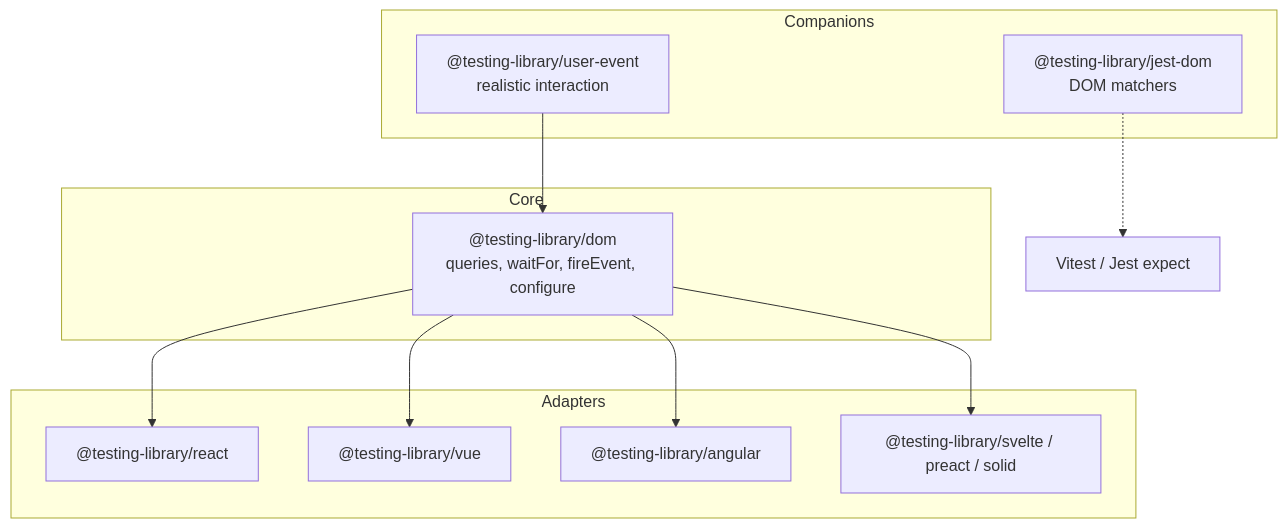
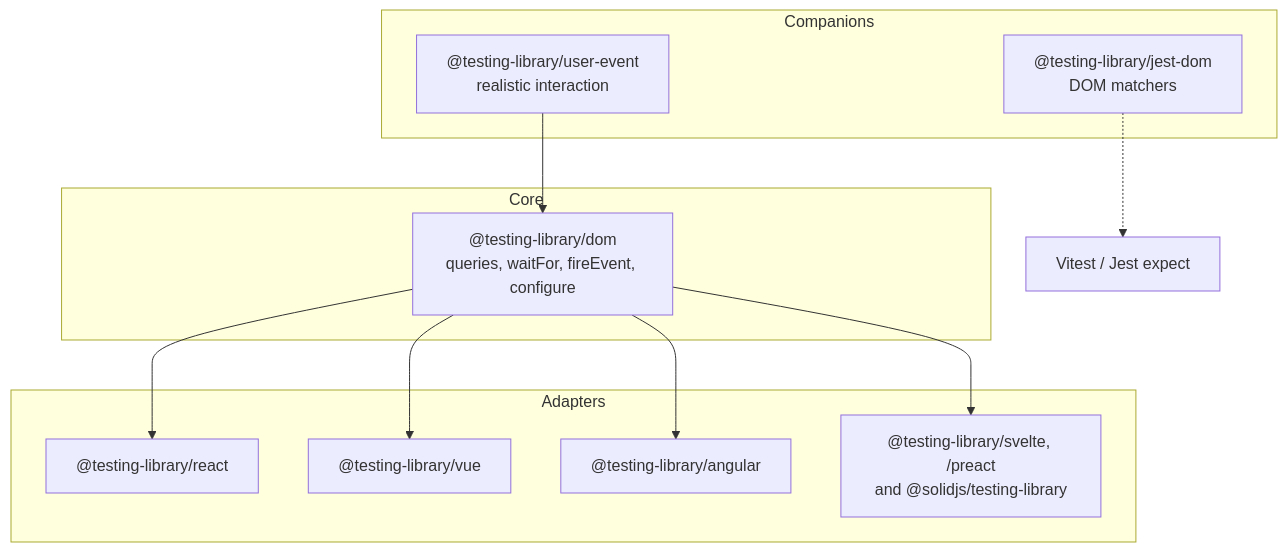
Before and after one commit to TheLearningHubOrg/learn-testing-library: the second of 6 diagrams in README.md, drawn with Mermaid. The commit also changed other lines of this file and 2 other files, not shown here.

````diff
--- a/README.md
+++ b/README.md
@@ -123,22 +123,22 @@
 ```mermaid
 graph TD
     subgraph Core
         DOM["@testing-library/dom<br/>queries, waitFor, fireEvent, configure"]
     end
     subgraph Adapters
         R["@testing-library/react"]
         V["@testing-library/vue"]
         A["@testing-library/angular"]
-        S["@testing-library/svelte / preact / solid"]
+        S["@testing-library/svelte, /preact<br/>and @solidjs/testing-library"]
     end
     subgraph Companions
         UE["@testing-library/user-event<br/>realistic interaction"]
         JD["@testing-library/jest-dom<br/>DOM matchers"]
     end
     DOM --> R
     DOM --> V
     DOM --> A
     DOM --> S
     UE --> DOM
     JD -.-> Runner["Vitest / Jest expect"]
 ```
````
